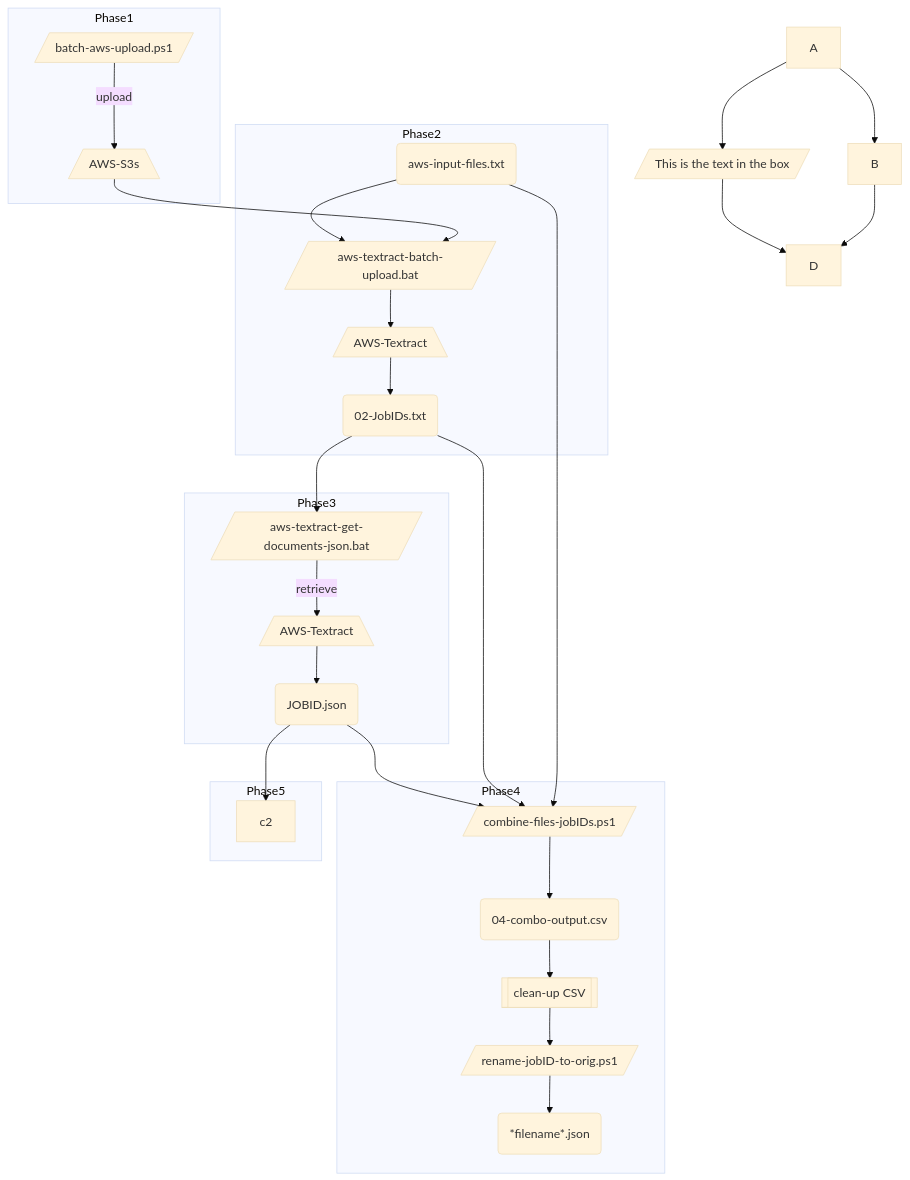
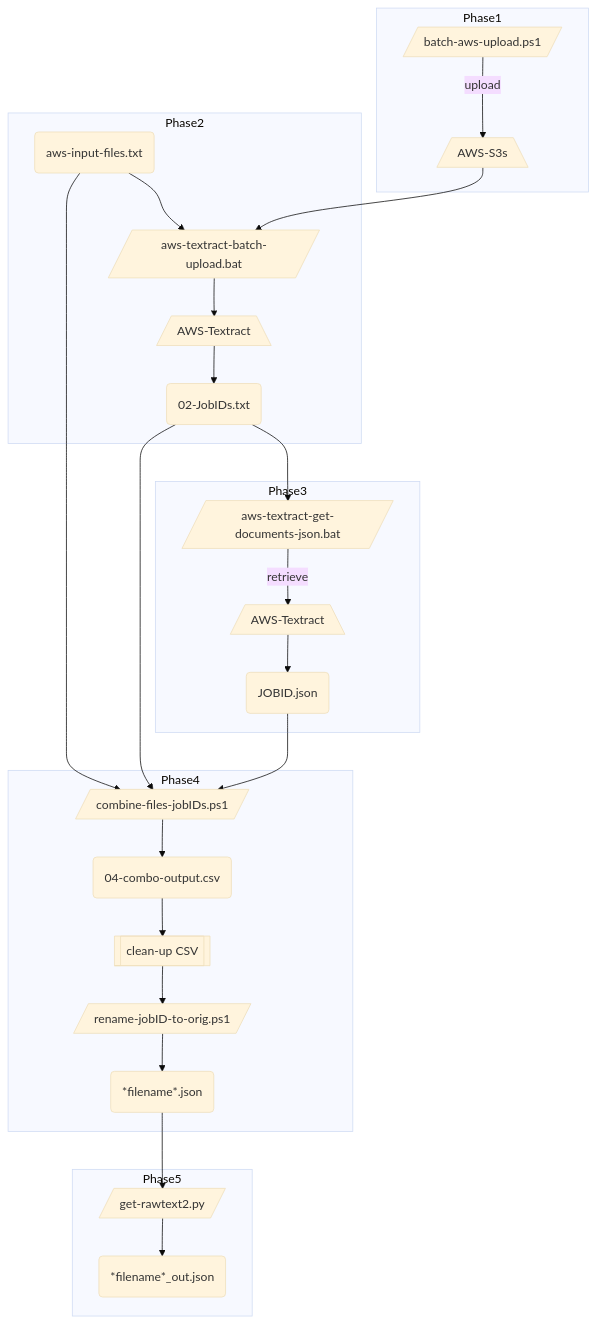
Before and after one commit to mrb13/aws-textract-ocr-pipeline: the diagram in README.md, drawn with Mermaid (base theme).

Commit message:
Update README.md
readme v2

````diff
--- a/README.md
+++ b/README.md
@@ -8,33 +8,30 @@
 ```mermaid
   flowchart  TD;
-      A-->B;
-      A-->id1[/This is the text in the box/];
-      B-->D;
-      id1-->D;
     subgraph Phase1
     s1[/batch-aws-upload.ps1/]--upload-->aws3[/AWS-S3s\]
     end
     subgraph Phase2
     aws3-->s2[/aws-textract-batch-upload.bat/]
     f1(aws-input-files.txt)-->s2
     s2-->textract1[/AWS-Textract\]
     textract1-->f2(02-JobIDs.txt)
     end
     subgraph Phase3
     f2-->s3[/aws-textract-get-documents-json.bat/]
     s3--retrieve-->textract2[/AWS-Textract\]
     textract2-->f3(JOBID.json)
     end
     subgraph Phase4
     f1-->s4[/combine-files-jobIDs.ps1/]
     f2-->s4
     f3-->s4
     s4-->f4(04-combo-output.csv)
     f4-->man[[clean-up CSV]]
     man-->s5[/rename-jobID-to-orig.ps1/]
     s5-->f5(*filename*.json)
     end
     subgraph Phase5
-    f3-->c2
+    f5-->py1[/get-rawtext2.py/]
+    py1-->f6(*filename*_out.json)
     end
 ```
````
